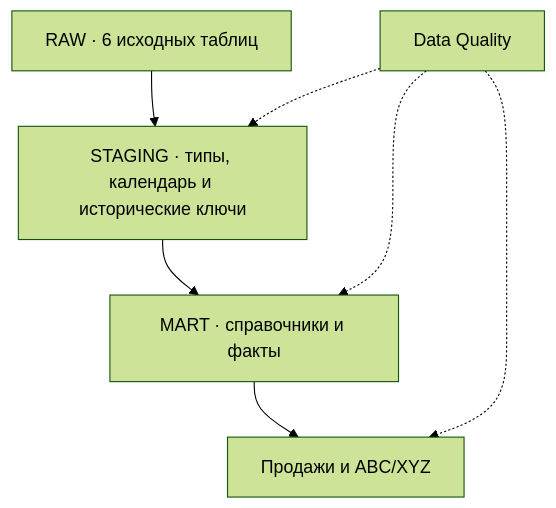
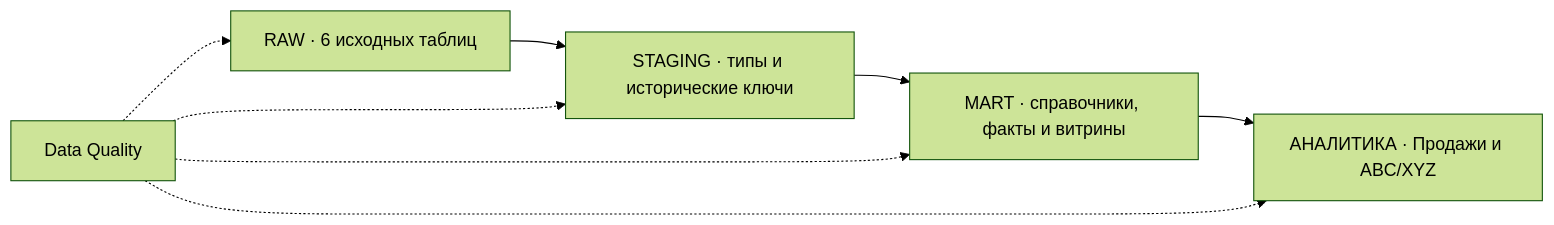
One commit to Olyshon/olenenka-dwh changed the diagram in README.md. Above: the diagram before and after it, drawn with Mermaid (forest theme).

````diff
--- a/README.md
+++ b/README.md
@@ -7,9 +7,15 @@
 ```mermaid
-flowchart TD
-    R["RAW · 6 исходных таблиц"] --> S["STAGING · типы, календарь и исторические ключи"]
-    S --> M["MART · справочники и факты"]
-    M --> B["Продажи и ABC/XYZ"]
-    Q["Data Quality"] -.-> S
+flowchart LR
+    R["RAW · 6 исходных таблиц"]
+    S["STAGING · типы и исторические ключи"]
+    M["MART · справочники, факты и витрины"]
+    B["АНАЛИТИКА · Продажи и ABC/XYZ"]
+
+    R --> S --> M --> B
+
+    Q["Data Quality"]
+    Q -.-> R
+    Q -.-> S
     Q -.-> M
     Q -.-> B
 ```
````
